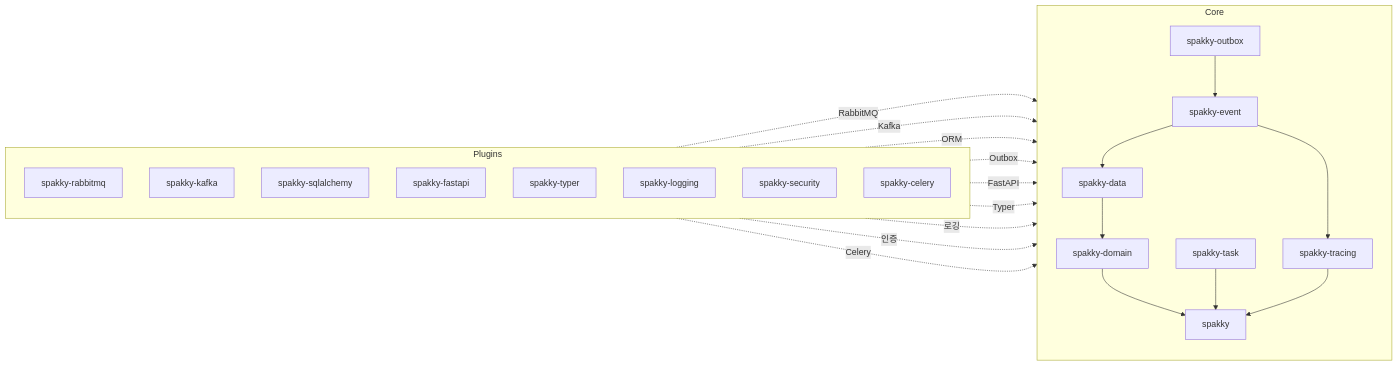
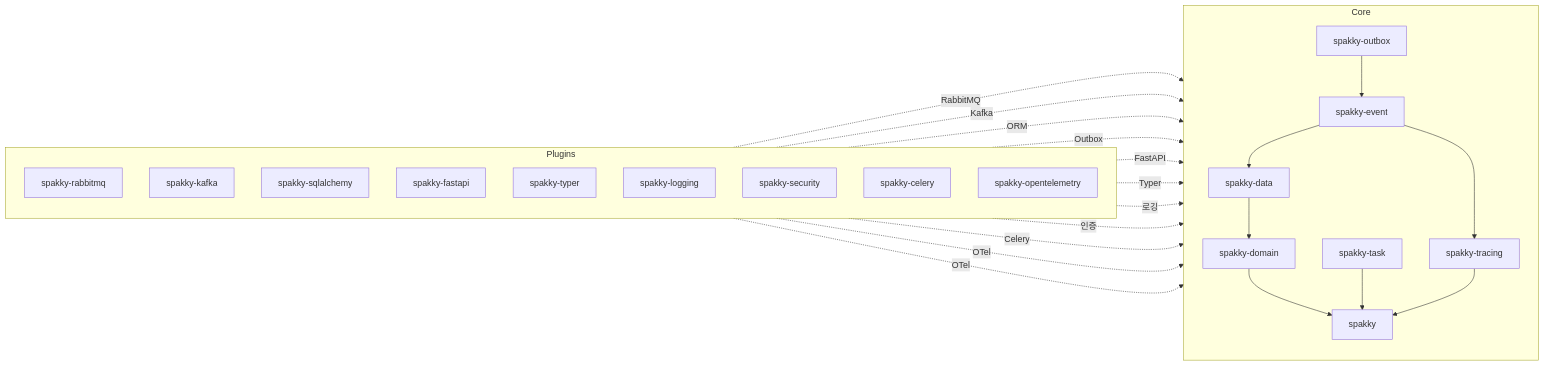
One commit to E5presso/spakky-framework changed the diagram in docs/index.md. Above: the diagram before and after it, drawn with Mermaid. The commit also changed other lines of this file and 17 other files, not shown here.

````diff
--- a/docs/index.md
+++ b/docs/index.md
@@ -239,35 +240,38 @@
 ```mermaid
 flowchart LR
   subgraph Plugins[Plugins]
     direction TB
     rabbitmq[spakky-rabbitmq]
     kafka[spakky-kafka]
     sqlalchemy[spakky-sqlalchemy]
     fastapi[spakky-fastapi]
     typer[spakky-typer]
     logging[spakky-logging]
     security[spakky-security]
     celery[spakky-celery]
+    opentelemetry[spakky-opentelemetry]
   end
 
   subgraph Core[Core]
     direction TB
     outbox[spakky-outbox] --> event[spakky-event]
     event --> data[spakky-data]
     event --> tracing_dep[spakky-tracing]
     data --> domain[spakky-domain]
     domain --> core[spakky]
     task[spakky-task] --> core
     tracing_dep --> core
   end
 
   rabbitmq -. RabbitMQ .-> event
   kafka -. Kafka .-> event
   sqlalchemy -. ORM .-> data
   sqlalchemy -. Outbox .-> outbox
   fastapi -. FastAPI .-> core
   typer -. Typer .-> core
   logging -. 로깅 .-> core
   security -. 인증 .-> core
   celery -. Celery .-> task
+  opentelemetry -. OTel .-> core
+  opentelemetry -. OTel .-> tracing_dep
 ```
````
